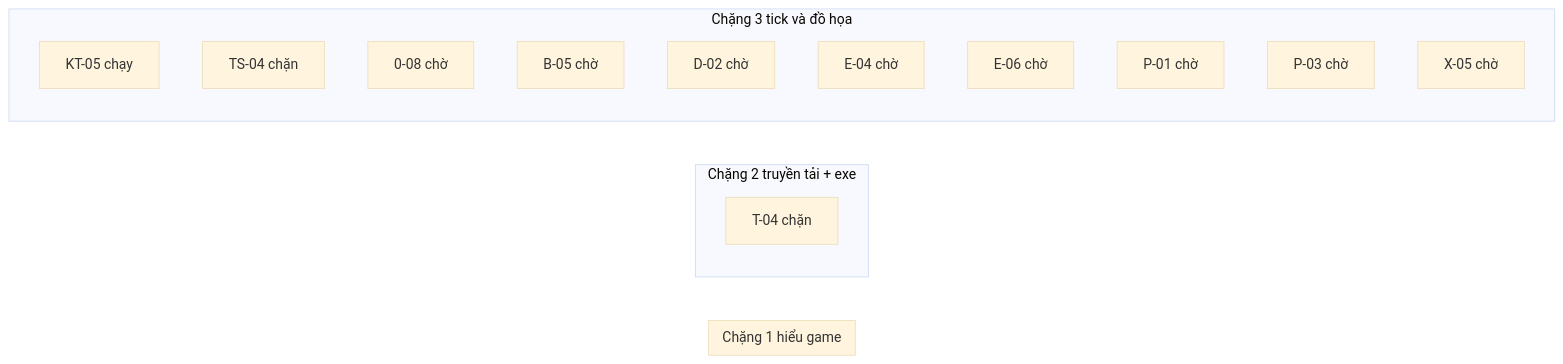
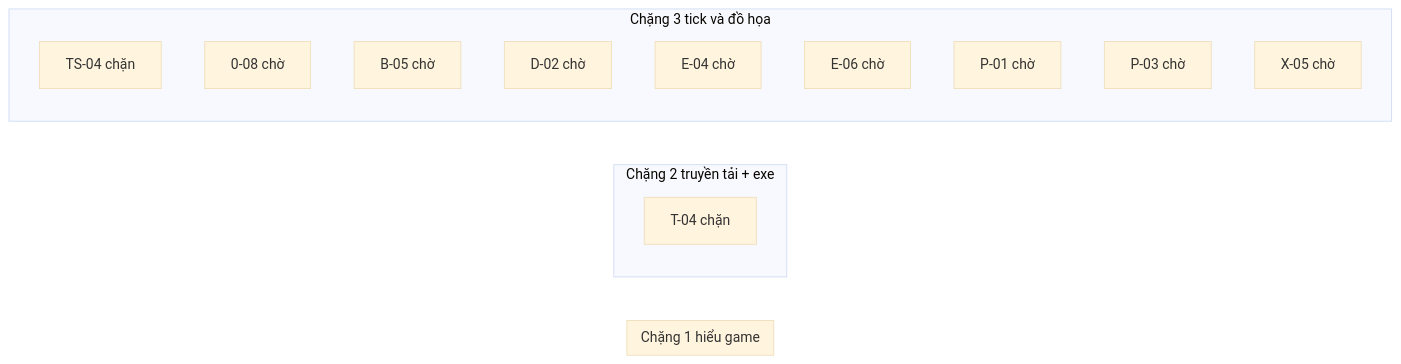
The diagram in JX1_OPS/STATE/TIEN-DO.md (ndtangoss-dev/jx1-reports), drawn with Mermaid (base theme) before and after one commit. The commit also changed other lines of this file and 8 other files, not shown here.

````diff
--- a/JX1_OPS/STATE/TIEN-DO.md
+++ b/JX1_OPS/STATE/TIEN-DO.md
@@ -9,20 +9,19 @@
 ```mermaid
 flowchart LR
   subgraph S1["Chặng 1 hiểu game"]
   end
   subgraph S2["Chặng 2 truyền tải + exe"]
     T_04["T-04 chặn"]
   end
   subgraph S3["Chặng 3 tick và đồ họa"]
-    KT_05["KT-05 chạy"]
     TS_04["TS-04 chặn"]
     0_08["0-08 chờ"]
     B_05["B-05 chờ"]
     D_02["D-02 chờ"]
     E_04["E-04 chờ"]
     E_06["E-06 chờ"]
     P_01["P-01 chờ"]
     P_03["P-03 chờ"]
     X_05["X-05 chờ"]
   end
 ```
````
